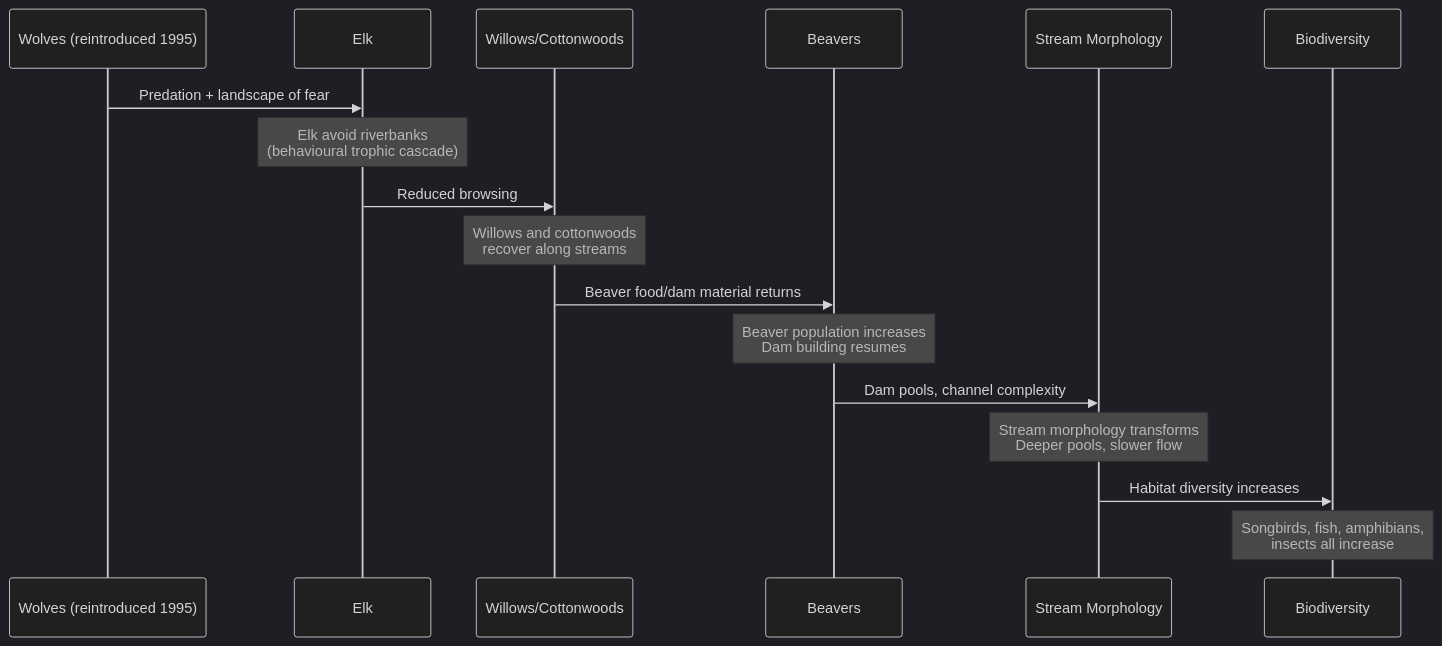
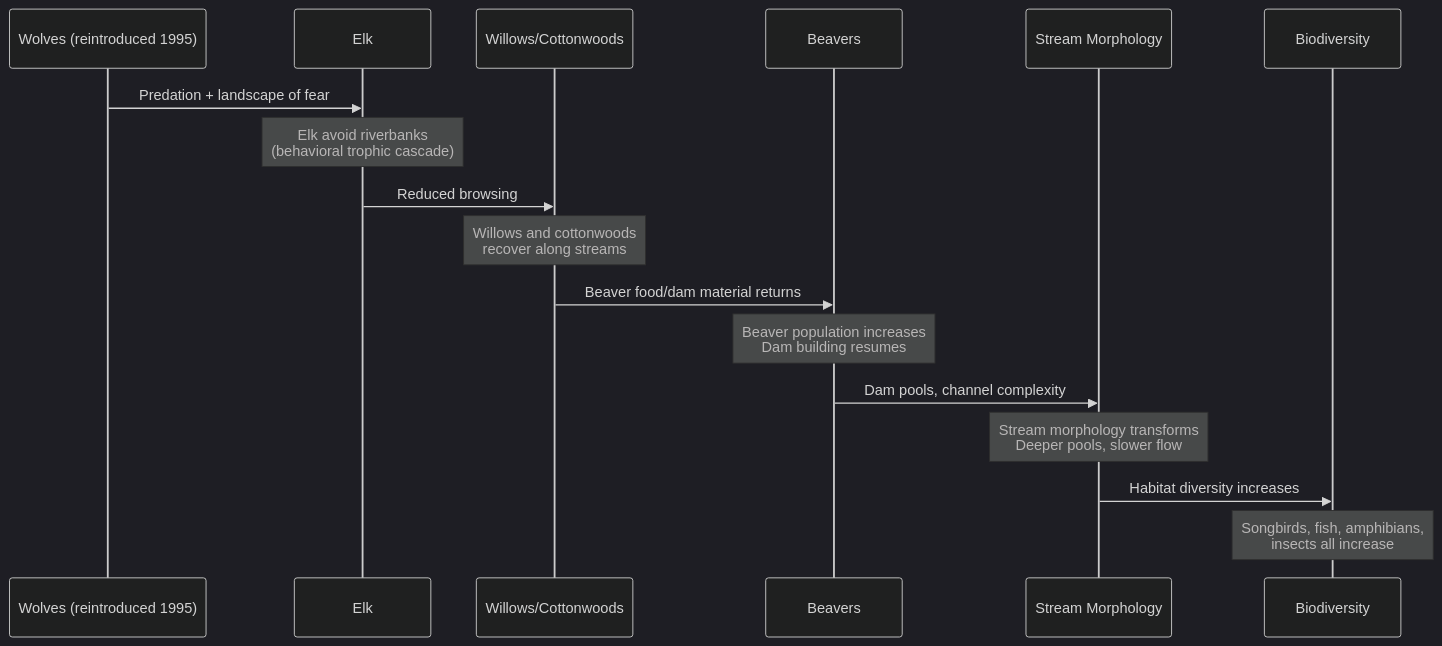
Before and after one commit to docxology/biology_textbook: the second of 3 diagrams in manuscript/unit_X/community_interactions.md, drawn with Mermaid (dark theme). The commit also changed other lines of this file and 247 other files, not shown here.

````diff
--- a/manuscript/unit_X/community_interactions.md
+++ b/manuscript/unit_X/community_interactions.md
@@ -289,20 +294,20 @@
 ```mermaid
 sequenceDiagram
     participant W as Wolves (reintroduced 1995)
     participant E as Elk
     participant V as Willows/Cottonwoods
     participant B as Beavers
     participant S as Stream Morphology
     participant Bio as Biodiversity
 
     W->>E: Predation + landscape of fear
-    Note over E: Elk avoid riverbanks<br/>(behavioural trophic cascade)
+    Note over E: Elk avoid riverbanks<br/>(behavioral trophic cascade)
     E->>V: Reduced browsing
     Note over V: Willows and cottonwoods<br/>recover along streams
     V->>B: Beaver food/dam material returns
     Note over B: Beaver population increases<br/>Dam building resumes
     B->>S: Dam pools, channel complexity
     Note over S: Stream morphology transforms<br/>Deeper pools, slower flow
     S->>Bio: Habitat diversity increases
     Note over Bio: Songbirds, fish, amphibians,<br/>insects all increase
 ```
````
